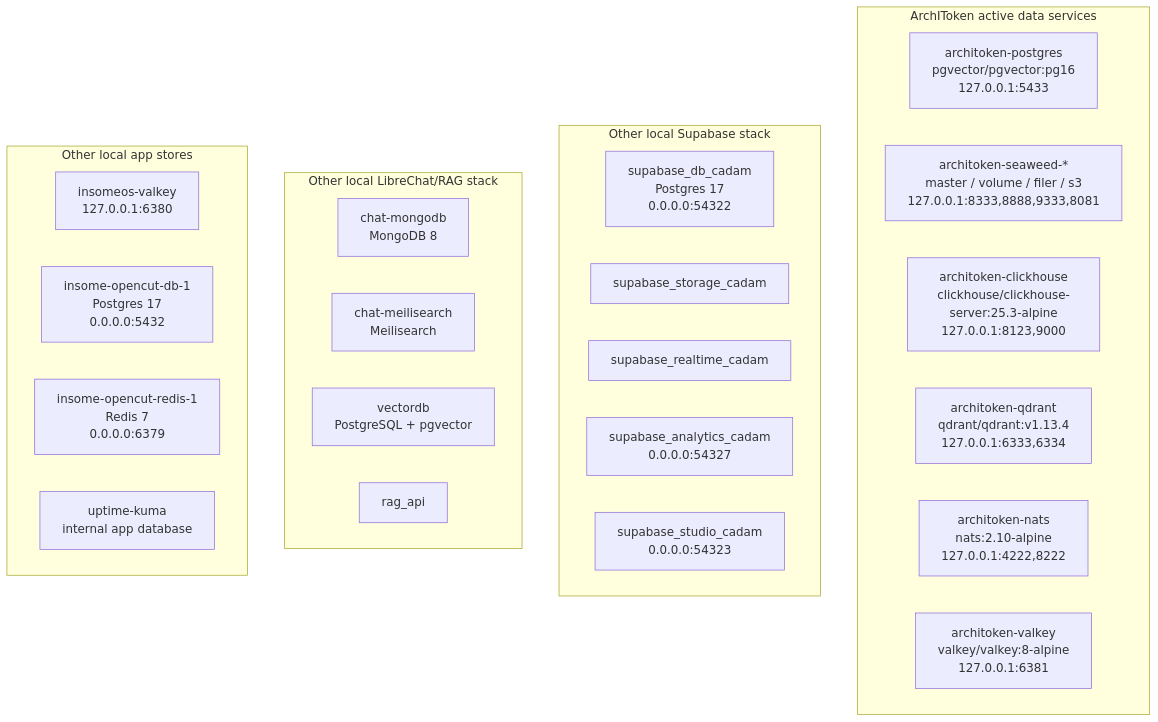
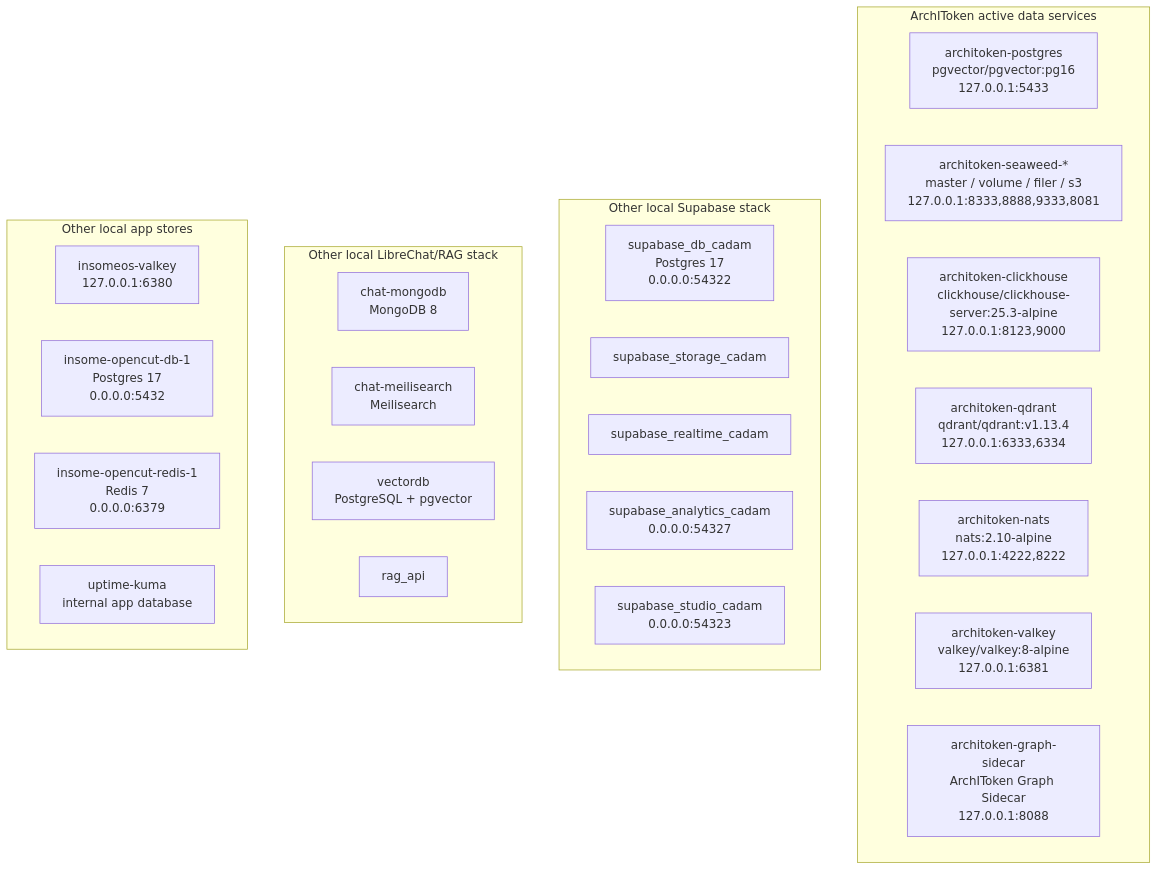
One commit to ActiveInAI/ArchIToken changed the second of 2 diagrams in docs/ARCHITOKEN_DATABASE_RUNTIME_TOPOLOGY.md. Above: the diagram before and after it, drawn with Mermaid. The commit also changed other lines of this file and 13 other files, not shown here.

Commit message:
feat: add ArchIToken graph sidecar

````diff
--- a/docs/ARCHITOKEN_DATABASE_RUNTIME_TOPOLOGY.md
+++ b/docs/ARCHITOKEN_DATABASE_RUNTIME_TOPOLOGY.md
@@ -108,33 +109,34 @@
 ```mermaid
 flowchart TB
   subgraph ArchIToken["ArchIToken active data services"]
     APG[architoken-postgres<br/>pgvector/pgvector:pg16<br/>127.0.0.1:5433]
     AS3[architoken-seaweed-*<br/>master / volume / filer / s3<br/>127.0.0.1:8333,8888,9333,8081]
     ACH[architoken-clickhouse<br/>clickhouse/clickhouse-server:25.3-alpine<br/>127.0.0.1:8123,9000]
     AQD[architoken-qdrant<br/>qdrant/qdrant:v1.13.4<br/>127.0.0.1:6333,6334]
     ANATS[architoken-nats<br/>nats:2.10-alpine<br/>127.0.0.1:4222,8222]
     AVK[architoken-valkey<br/>valkey/valkey:8-alpine<br/>127.0.0.1:6381]
+    AGS[architoken-graph-sidecar<br/>ArchIToken Graph Sidecar<br/>127.0.0.1:8088]
   end
 
   subgraph Supabase["Other local Supabase stack"]
     SPG[supabase_db_cadam<br/>Postgres 17<br/>0.0.0.0:54322]
     SST[supabase_storage_cadam]
     SRT[supabase_realtime_cadam]
     SAN[supabase_analytics_cadam<br/>0.0.0.0:54327]
     SSTD[supabase_studio_cadam<br/>0.0.0.0:54323]
   end
 
   subgraph LibreChat["Other local LibreChat/RAG stack"]
     LMG[chat-mongodb<br/>MongoDB 8]
     LMS[chat-meilisearch<br/>Meilisearch]
     LPG[vectordb<br/>PostgreSQL + pgvector]
     LRA[rag_api]
   end
 
   subgraph Other["Other local app stores"]
     IVK[insomeos-valkey<br/>127.0.0.1:6380]
     OPG[insome-opencut-db-1<br/>Postgres 17<br/>0.0.0.0:5432]
     ORS[insome-opencut-redis-1<br/>Redis 7<br/>0.0.0.0:6379]
     UK[uptime-kuma<br/>internal app database]
   end
 ```
````
